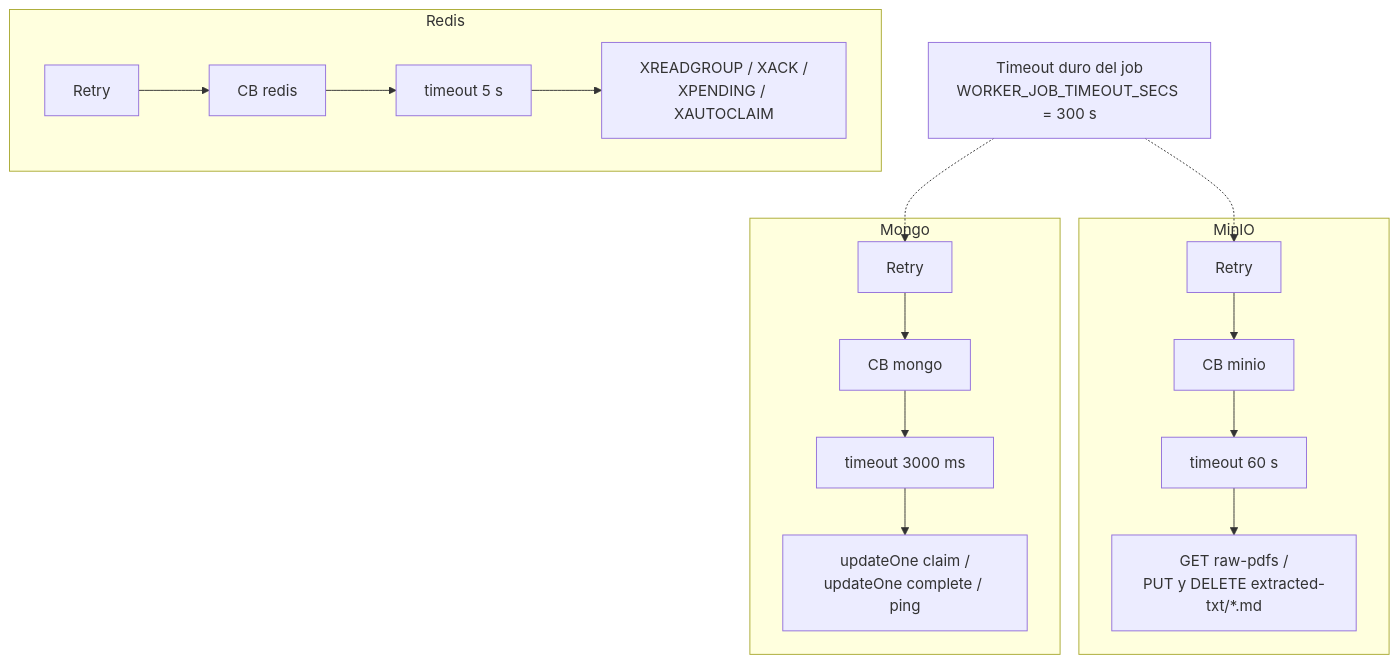
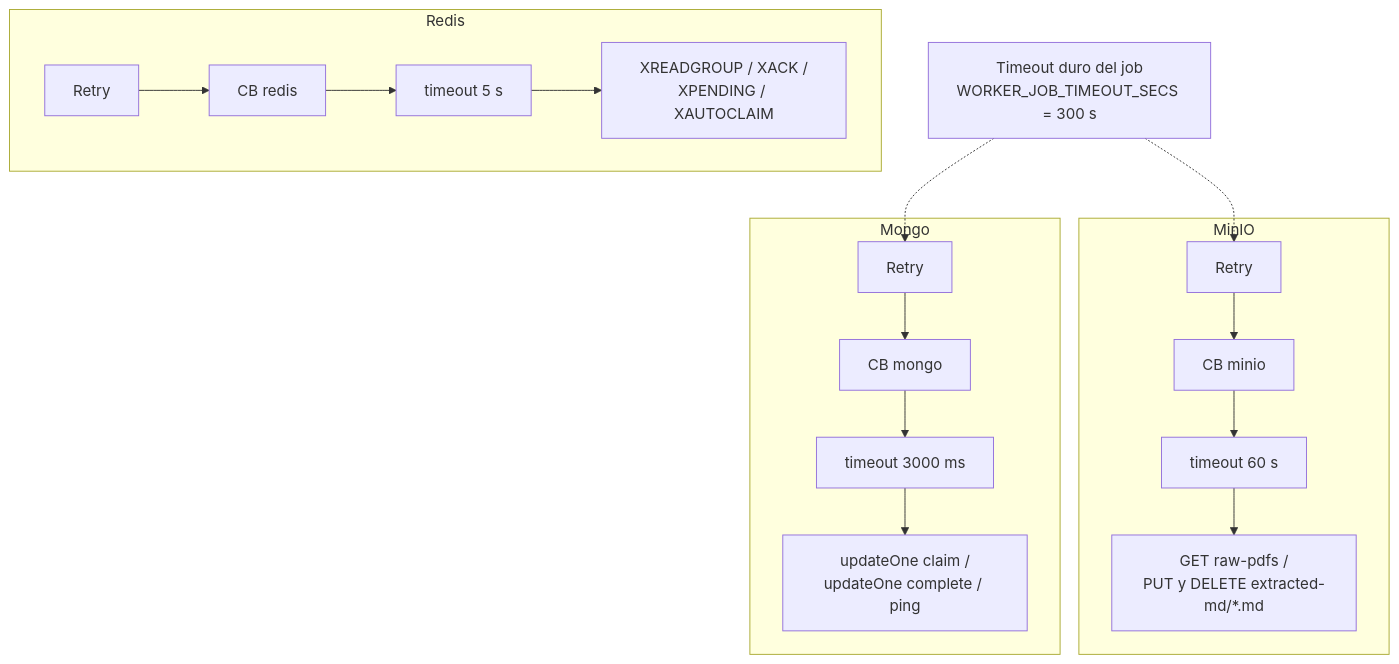
Before and after one commit to Alejo-Basile/extraction-worker: the second of 2 diagrams in docs/adr/ADR-0007-composicion-resiliencia.md, drawn with Mermaid. The commit also changed 21 other files, not shown here.

````diff
--- a/docs/adr/ADR-0007-composicion-resiliencia.md
+++ b/docs/adr/ADR-0007-composicion-resiliencia.md
@@ -52,14 +52,14 @@
 ```mermaid
 flowchart TB
     subgraph Redis
         RR[Retry] --> RCB[CB redis] --> RTO["timeout 5 s"] --> ROP[XREADGROUP / XACK /<br/>XPENDING / XAUTOCLAIM]
     end
     subgraph MinIO
-        MR[Retry] --> MCB[CB minio] --> MTO["timeout 60 s"] --> MOP[GET raw-pdfs /<br/>PUT y DELETE extracted-txt/*.md]
+        MR[Retry] --> MCB[CB minio] --> MTO["timeout 60 s"] --> MOP[GET raw-pdfs /<br/>PUT y DELETE extracted-md/*.md]
     end
     subgraph Mongo
         GR[Retry] --> GCB[CB mongo] --> GTO["timeout 3000 ms"] --> GOP[updateOne claim /<br/>updateOne complete / ping]
     end
     JT["Timeout duro del job<br/>WORKER_JOB_TIMEOUT_SECS = 300 s"] -.-> MR
     JT -.-> GR
 ```
````
